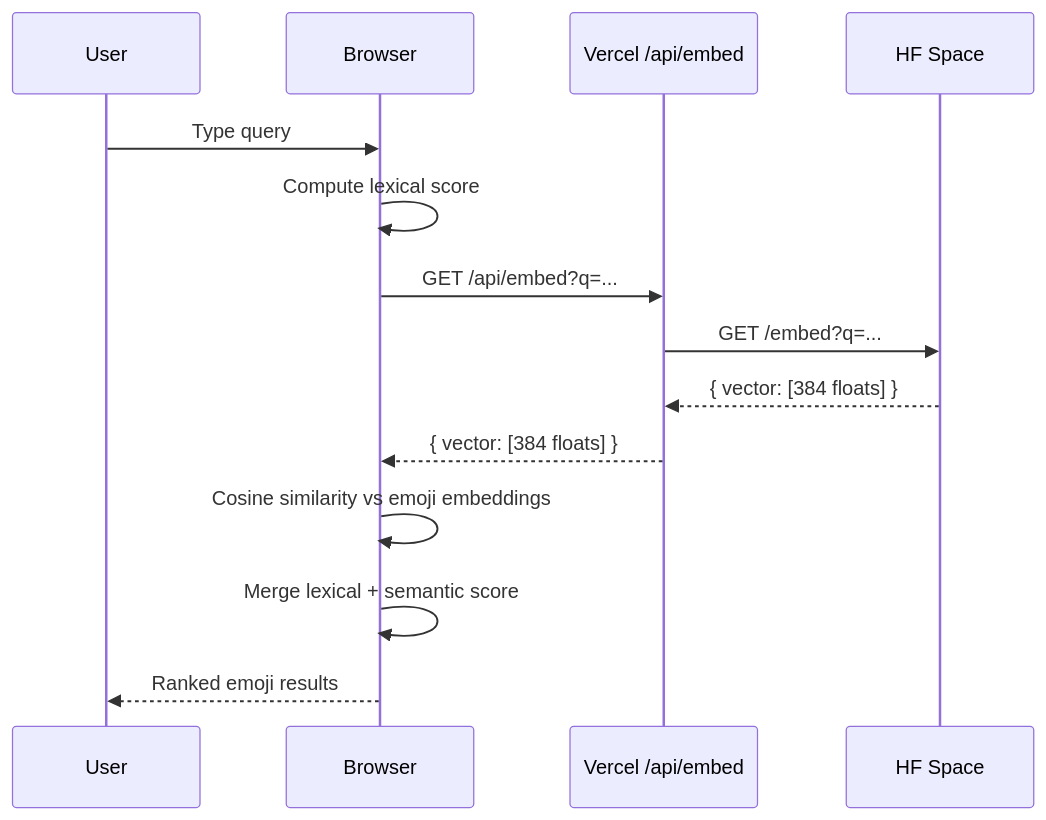
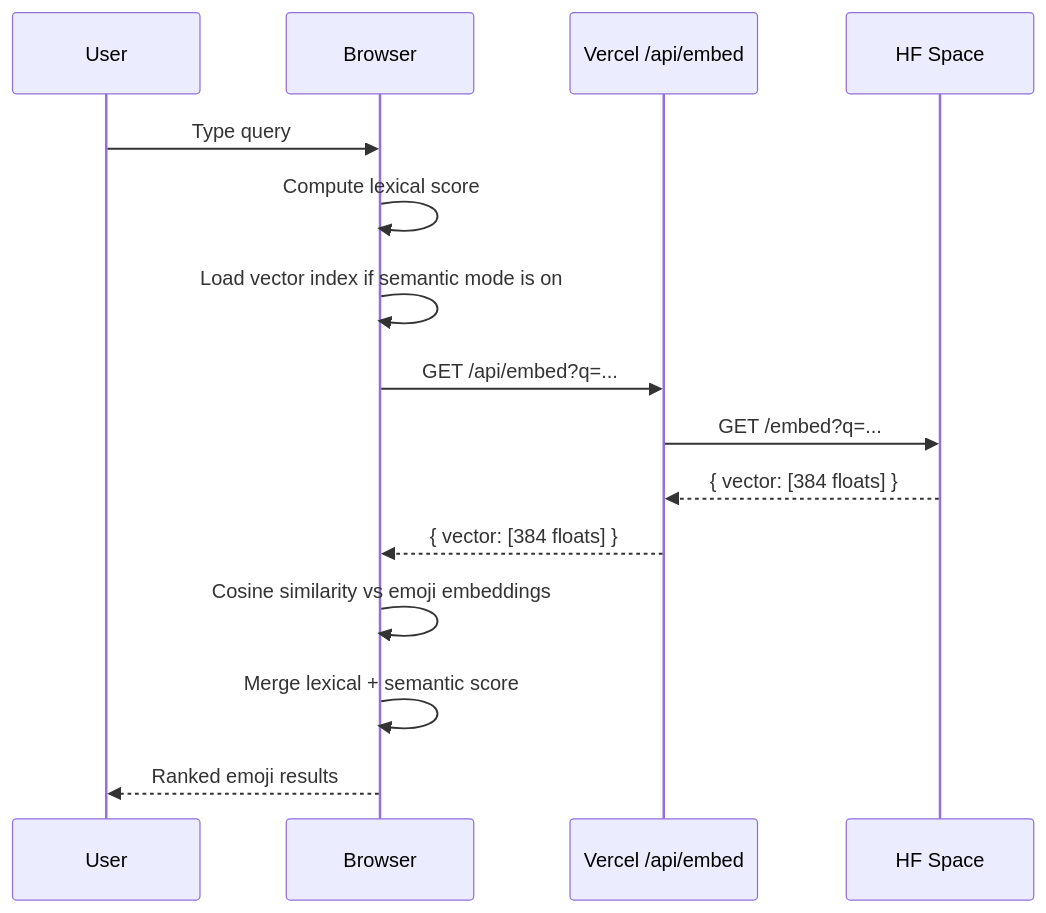
One commit to heinko/my-emoji-search changed the second of 2 diagrams in search_architecture.md. Above: the diagram before and after it, drawn with Mermaid. The commit also changed other lines of this file and 17 other files, not shown here.

````diff
--- a/search_architecture.md
+++ b/search_architecture.md
@@ -77,17 +83,18 @@
 ```mermaid
 sequenceDiagram
     participant User
     participant Browser
     participant Vercel as Vercel /api/embed
     participant Space as HF Space
 
     User->>Browser: Type query
     Browser->>Browser: Compute lexical score
+    Browser->>Browser: Load vector index if semantic mode is on
     Browser->>Vercel: GET /api/embed?q=...
     Vercel->>Space: GET /embed?q=...
     Space-->>Vercel: { vector: [384 floats] }
     Vercel-->>Browser: { vector: [384 floats] }
     Browser->>Browser: Cosine similarity vs emoji embeddings
     Browser->>Browser: Merge lexical + semantic score
     Browser-->>User: Ranked emoji results
 ```
````
